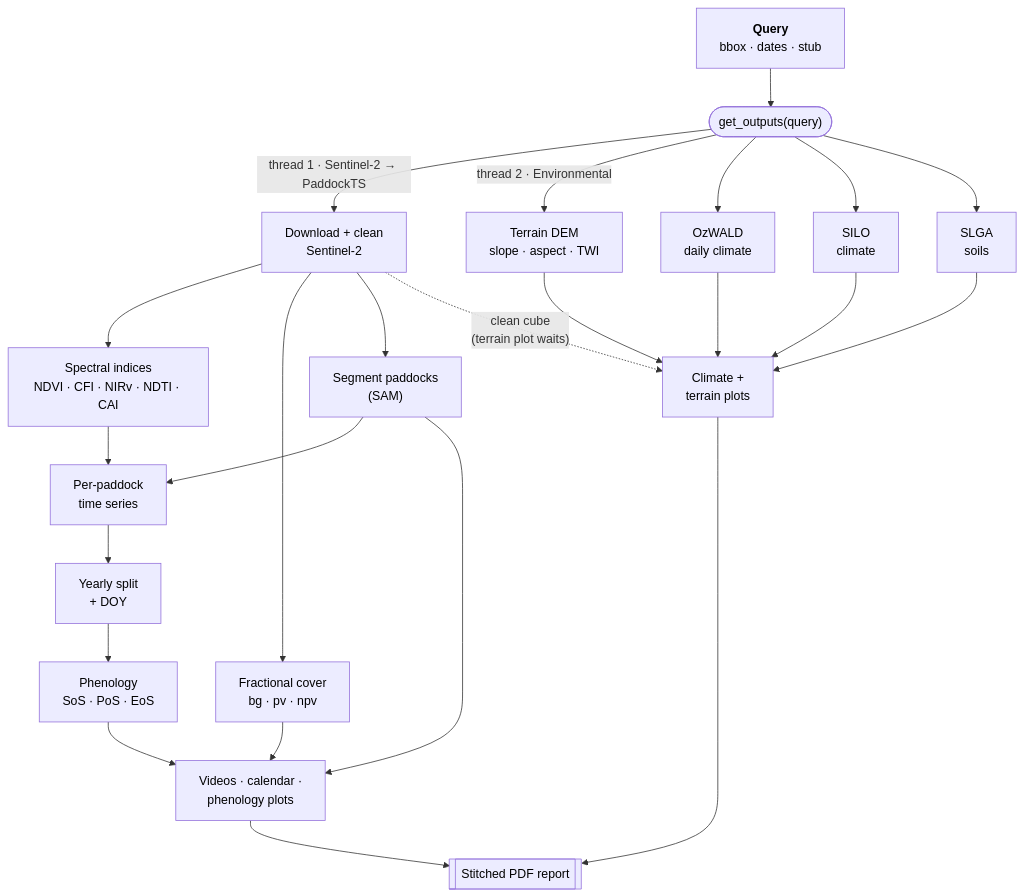
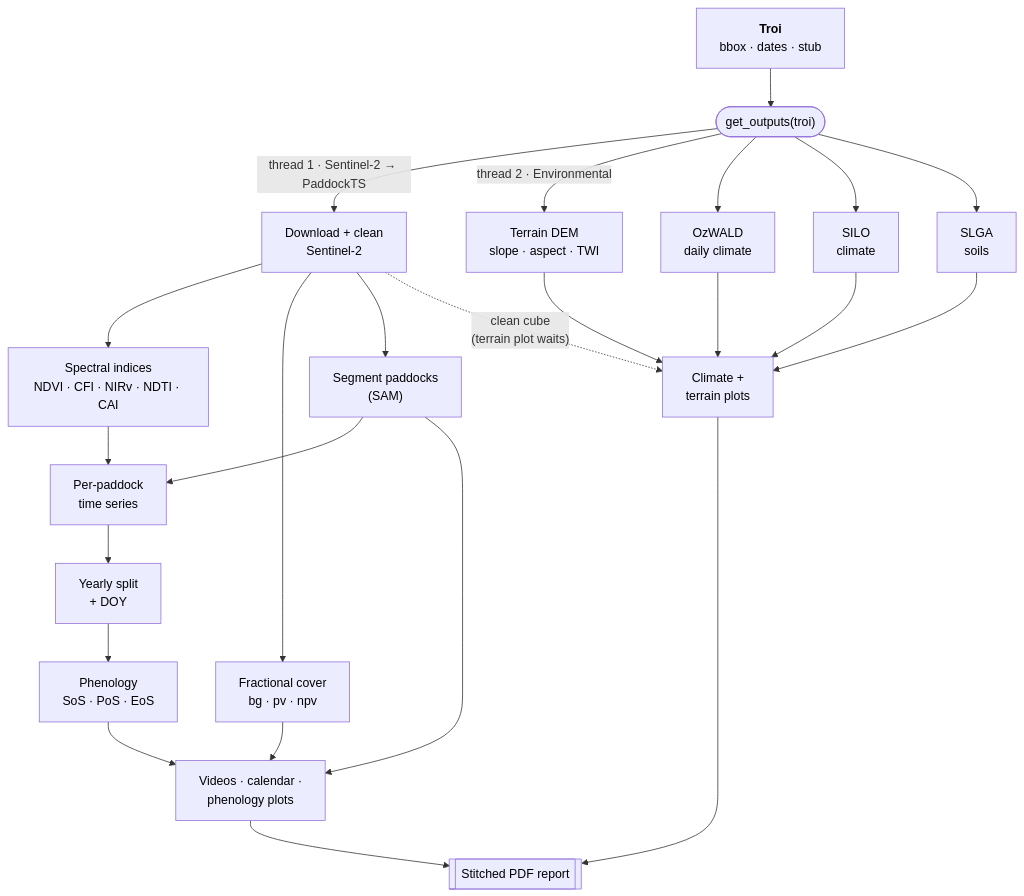
One commit to johnburley3000/paddocktimeseries changed the diagram in README.md. Above: the diagram before and after it, drawn with Mermaid. The commit also changed other lines of this file and 46 other files, not shown here.

First line of the commit message:
Adopt troi: borevitz_lab.Query is now troi.Troi

````diff
--- a/README.md
+++ b/README.md
@@ -227,31 +227,31 @@
 ```mermaid
 flowchart TD
-    Q["<b>Query</b><br/>bbox · dates · stub"] --> GO(["get_outputs(query)"])
+    Q["<b>Troi</b><br/>bbox · dates · stub"] --> GO(["get_outputs(troi)"])
 
     GO -->|"thread 1 · Sentinel-2 → PaddockTS"| D["Download + clean<br/>Sentinel-2"]
     D --> IDX["Spectral indices<br/>NDVI · CFI · NIRv · NDTI · CAI"]
     D --> FC["Fractional cover<br/>bg · pv · npv"]
     D --> SAM["Segment paddocks<br/>(SAM)"]
     IDX --> TS["Per-paddock<br/>time series"]
     SAM --> TS
     TS --> YR["Yearly split<br/>+ DOY"]
     YR --> PH["Phenology<br/>SoS · PoS · EoS"]
     FC --> PLOT["Videos · calendar ·<br/>phenology plots"]
     SAM --> PLOT
     PH --> PLOT
 
     GO -->|"thread 2 · Environmental"| TER["Terrain DEM<br/>slope · aspect · TWI"]
     GO --> OZ["OzWALD<br/>daily climate"]
     GO --> SILO["SILO<br/>climate"]
     GO --> SLGA["SLGA<br/>soils"]
     TER --> EPLOT["Climate +<br/>terrain plots"]
     OZ --> EPLOT
     SILO --> EPLOT
     SLGA --> EPLOT
 
     D -.->|"clean cube<br/>(terrain plot waits)"| EPLOT
     PLOT --> PDF[["Stitched PDF report"]]
     EPLOT --> PDF
 
     classDef default color:#000;
 ```
````
